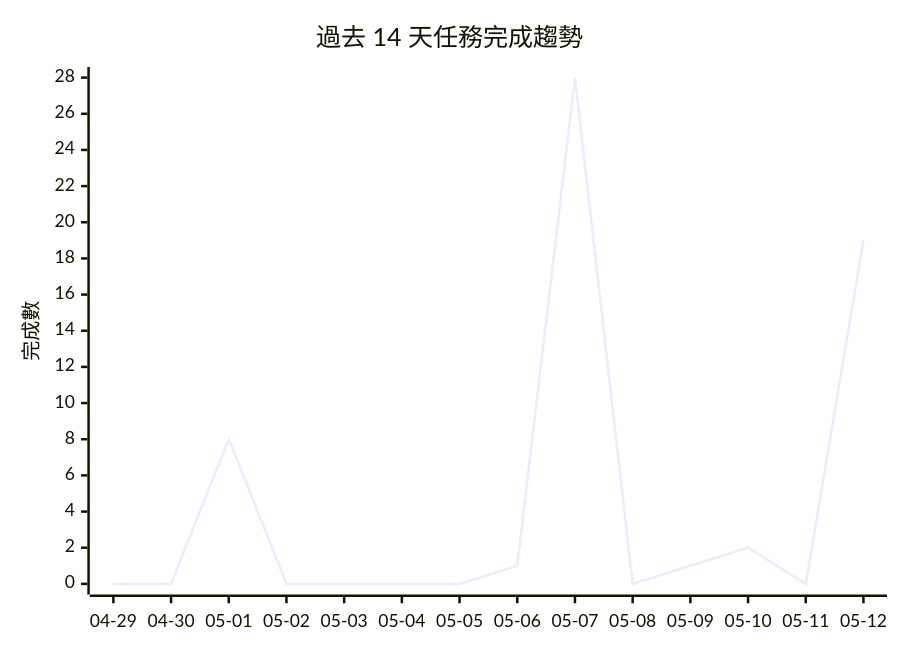
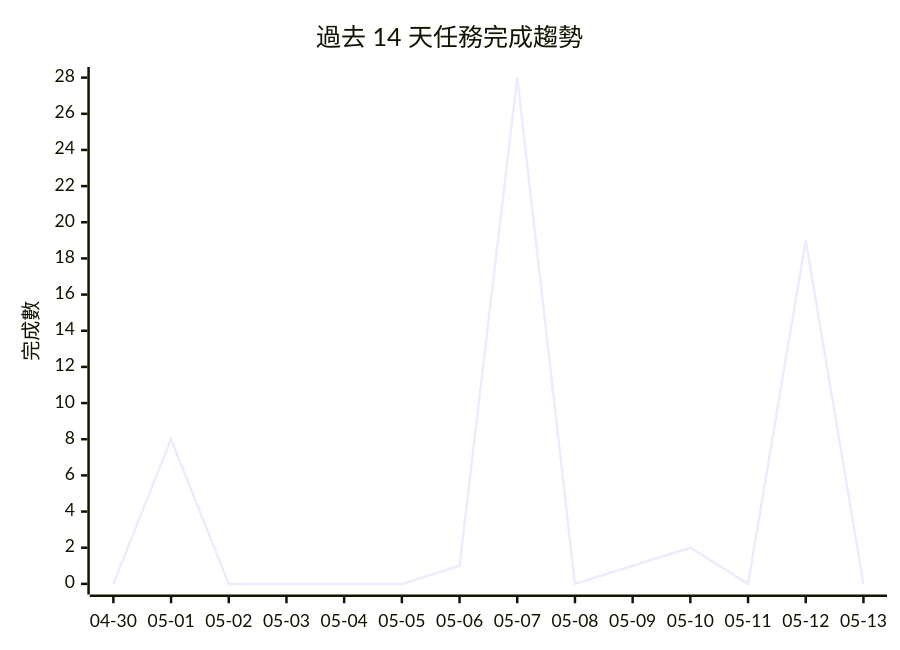
The diagram in README.md (openclawchen8-lgtm/openclawchen8-lgtm), drawn with Mermaid before and after one commit. The commit also changed other lines of this file, not shown here.

````diff
--- a/README.md
+++ b/README.md
@@ -69,7 +80,7 @@
 ```mermaid
 xychart-beta
     title "過去 14 天任務完成趨勢"
-    x-axis ["04-29", "04-30", "05-01", "05-02", "05-03", "05-04", "05-05", "05-06", "05-07", "05-08", "05-09", "05-10", "05-11", "05-12"]
+    x-axis ["04-30", "05-01", "05-02", "05-03", "05-04", "05-05", "05-06", "05-07", "05-08", "05-09", "05-10", "05-11", "05-12", "05-13"]
     y-axis "完成數" 0 --> 28
-    line [0, 0, 8, 0, 0, 0, 0, 1, 28, 0, 1, 2, 0, 19]
+    line [0, 8, 0, 0, 0, 0, 1, 28, 0, 1, 2, 0, 19, 0]
 ```
````
